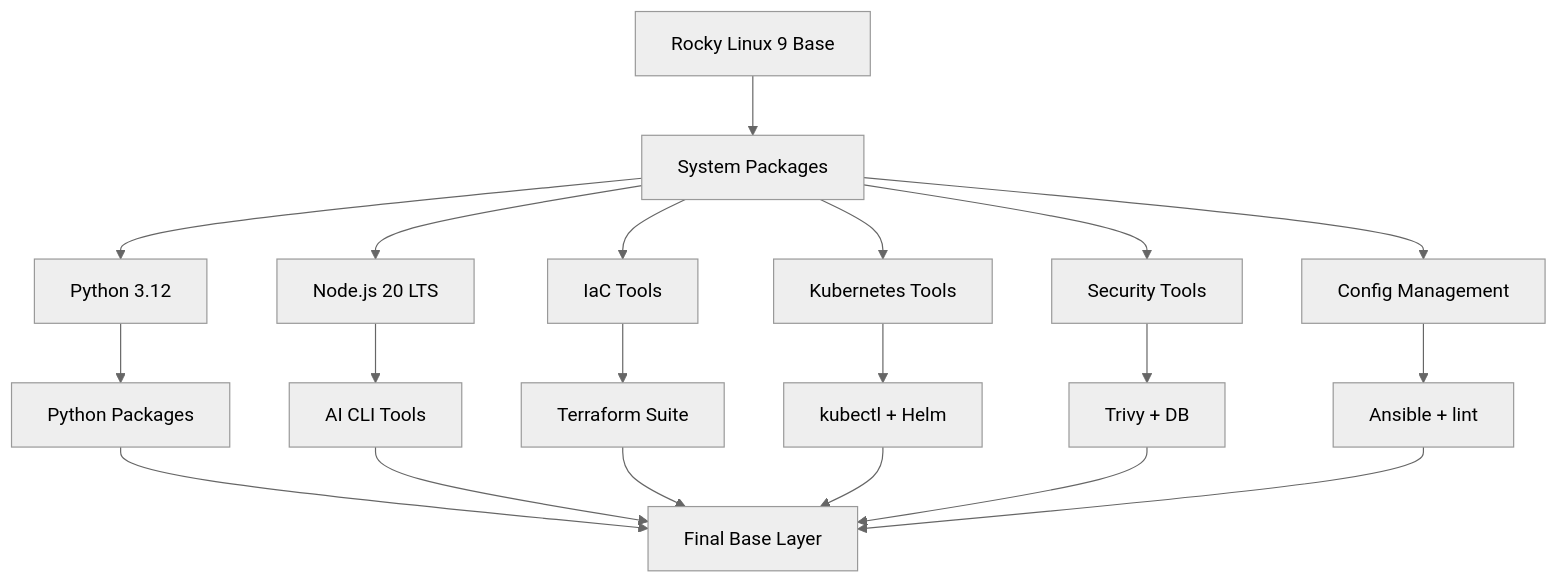
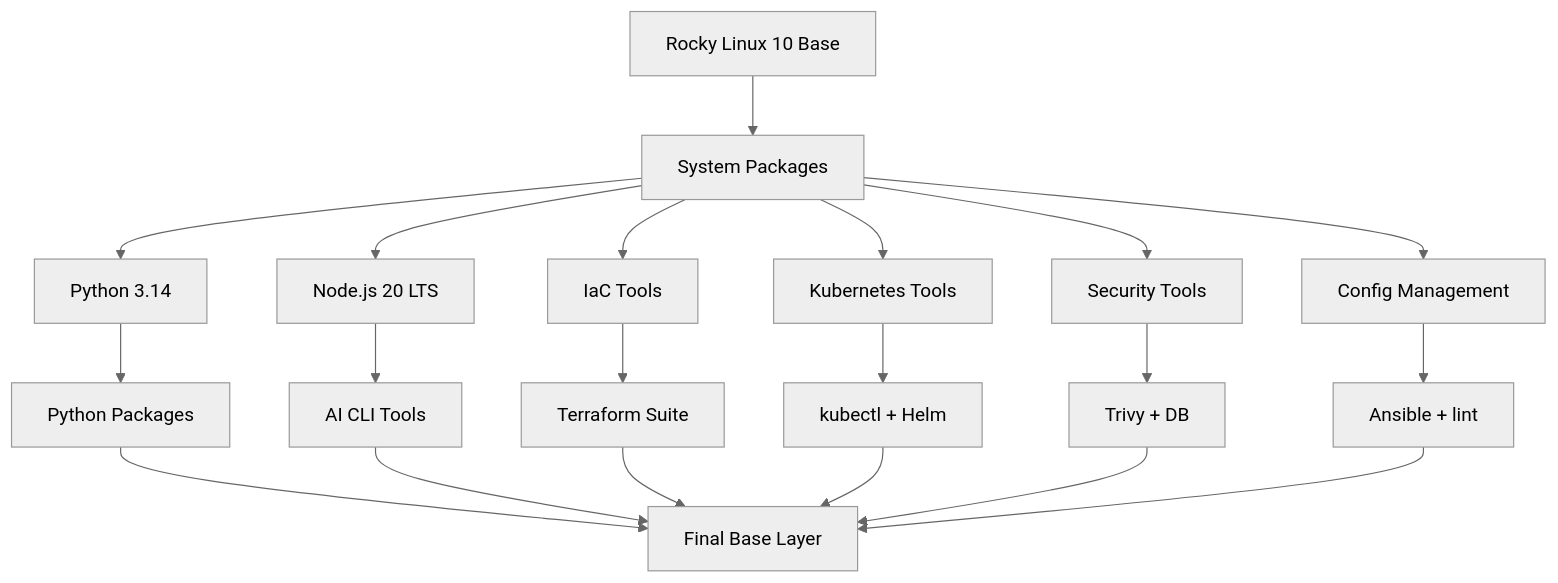
The first of 2 diagrams in docs/architecture/base-layer.md (jinalshah/devops-images), drawn with Mermaid (neutral theme) before and after one commit. The commit also changed other lines of this file and 15 other files, not shown here.

First line of the commit message:
Upgrade base image to Rocky Linux 10

````diff
--- a/docs/architecture/base-layer.md
+++ b/docs/architecture/base-layer.md
@@ -173,22 +180,22 @@
 ```mermaid
 graph TD
-    A[Rocky Linux 9 Base] --> B[System Packages]
-    B --> C[Python 3.12]
+    A[Rocky Linux 10 Base] --> B[System Packages]
+    B --> C[Python 3.14]
     B --> D[Node.js 20 LTS]
     C --> E[Python Packages]
     D --> F[AI CLI Tools]
     B --> G[IaC Tools]
     B --> H[Kubernetes Tools]
     B --> I[Security Tools]
     B --> J[Config Management]
     G --> K[Terraform Suite]
     H --> L[kubectl + Helm]
     I --> M[Trivy + DB]
     J --> N[Ansible + lint]
     E --> O[Final Base Layer]
     F --> O
     K --> O
     L --> O
     M --> O
     N --> O
 ```
````
